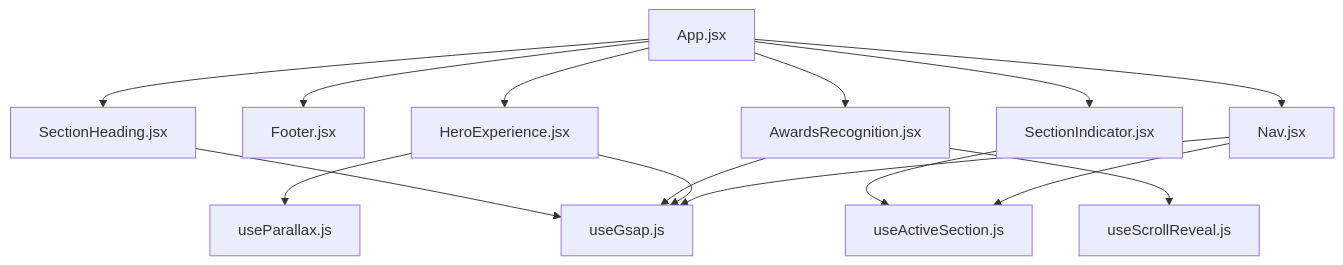
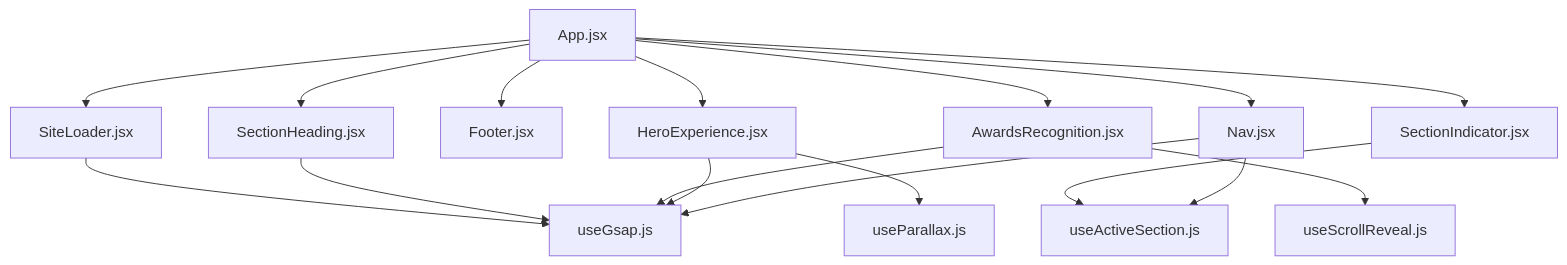
The second of 2 diagrams in .qoder/repowiki/en/content/Frontend Components.md (rakeshmaity271/frankie-picasso), drawn with Mermaid before and after one commit. The commit also changed other lines of this file and 19 other files, not shown here.

````diff
--- a/.qoder/repowiki/en/content/Frontend Components.md
+++ b/.qoder/repowiki/en/content/Frontend Components.md
@@ -119,17 +123,19 @@
 ```mermaid
 graph TD
-App["App.jsx"] --> Nav["Nav.jsx"]
+App["App.jsx"] --> SiteLoader["SiteLoader.jsx"]
+App --> Nav["Nav.jsx"]
 App --> Footer["Footer.jsx"]
 App --> Hero["HeroExperience.jsx"]
 App --> Awards["AwardsRecognition.jsx"]
 App --> SectionIndicator["SectionIndicator.jsx"]
 App --> SectionHeading["SectionHeading.jsx"]
 Nav --> GSAP["useGsap.js"]
 Nav --> ActiveSectionHook["useActiveSection.js"]
 SectionIndicator --> ActiveSectionHook
 Hero --> GSAP
 Hero --> Parallax["useParallax.js"]
 Awards --> GSAP
 Awards --> ScrollReveal["useScrollReveal.js"]
 SectionHeading --> GSAP
+SiteLoader --> GSAP
 ```
````
